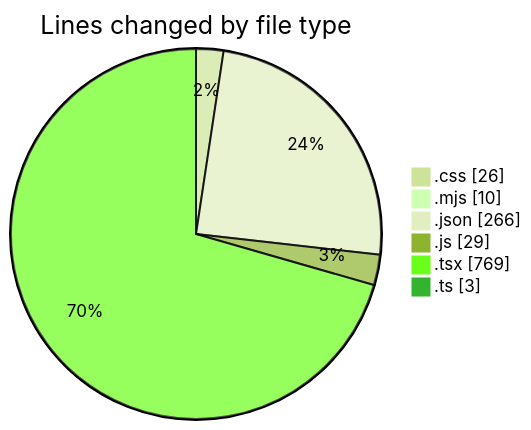
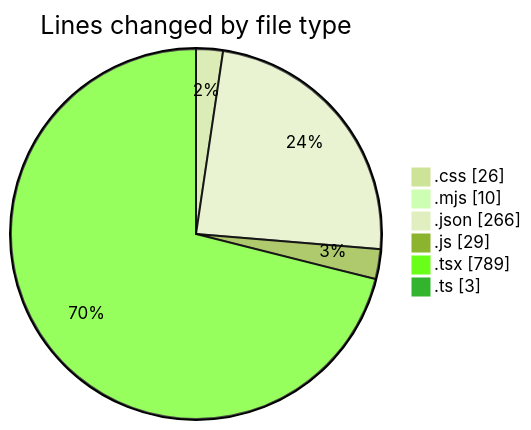
One commit to Ritupan-Deka/code-tracking changed the first of 2 diagrams in 2025-06-23/scopecraft/README.md. Above: the diagram before and after it, drawn with Mermaid (forest theme). The commit also changed other lines of this file and 1 other file, not shown here.

````diff
--- a/2025-06-23/scopecraft/README.md
+++ b/2025-06-23/scopecraft/README.md
@@ -36,10 +36,10 @@
 ```mermaid
 pie showData
 title Lines changed by file type
 ".css" : 26
 ".mjs" : 10
 ".json" : 266
 ".js" : 29
-".tsx" : 769
+".tsx" : 789
 ".ts" : 3
 ```
````
